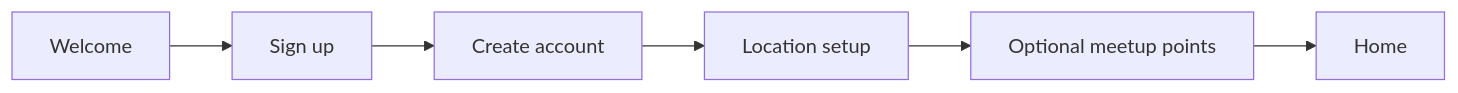
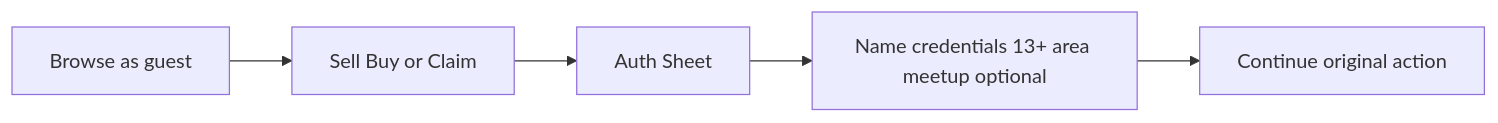
One commit to raplyhollow2/ebumarket changed the first of 4 diagrams in docs/flows/user-flows.md. Above: the diagram before and after it, drawn with Mermaid. The commit also changed other lines of this file and 17 other files, not shown here.

````diff
--- a/docs/flows/user-flows.md
+++ b/docs/flows/user-flows.md
@@ -9,8 +9,7 @@
 ```mermaid
 flowchart LR
-  A[Welcome] --> B[Sign up]
-  B --> C[Create account]
-  C --> D[Location setup]
-  D --> E[Optional meetup points]
-  E --> F[Home]
+  Browse[Browse as guest] --> Action[Sell Buy or Claim]
+  Action --> AuthSheet[Auth Sheet]
+  AuthSheet --> Profile[Name credentials 13+ area meetup optional]
+  Profile --> Continue[Continue original action]
 ```
````
